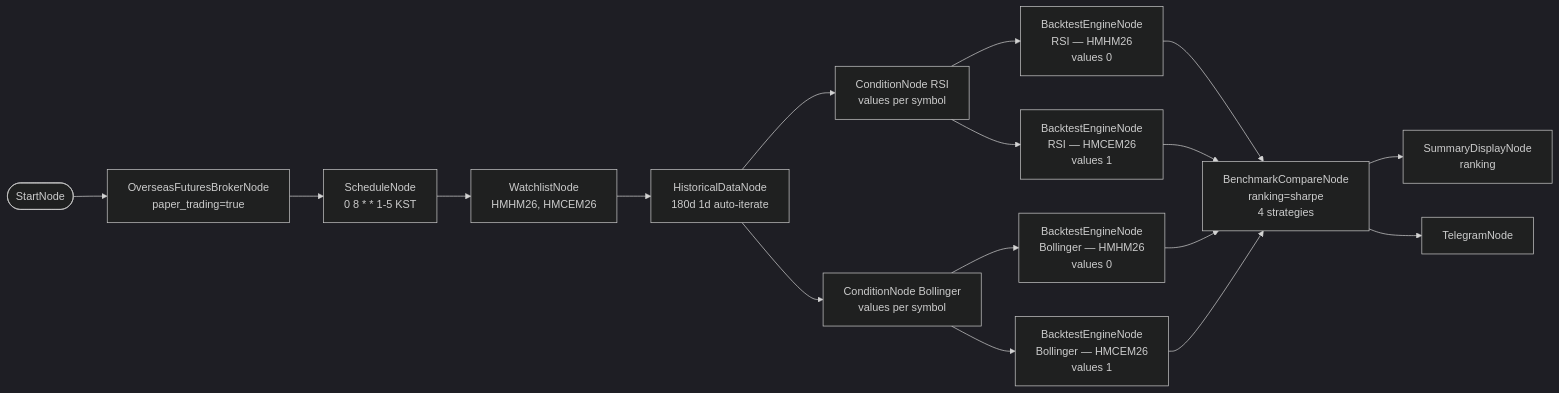
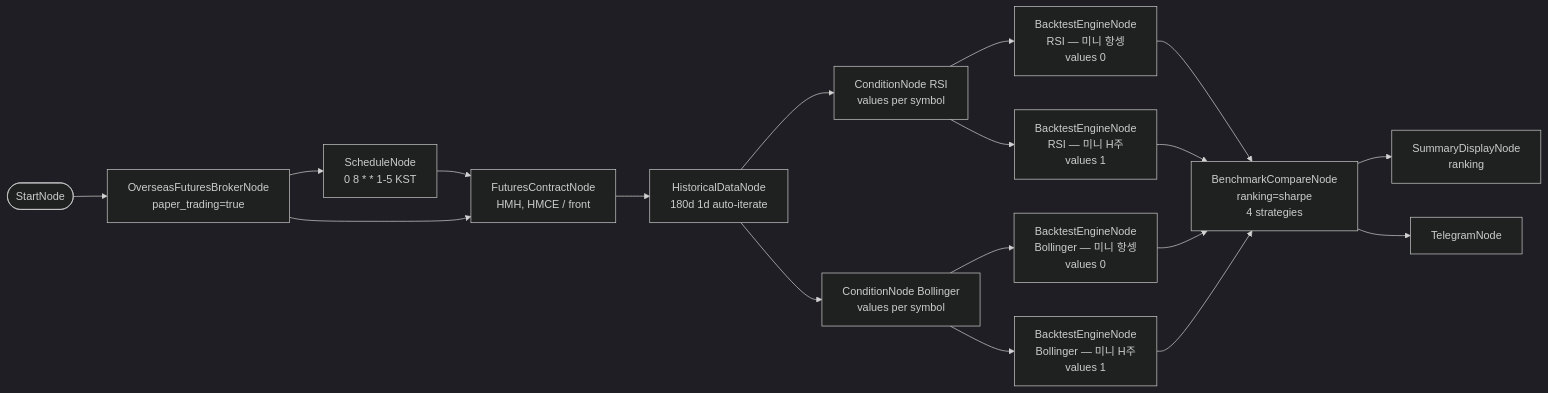
The diagram in src/programgarden/examples/workflows/84-hkex-backtest-schedule-report.md (programgarden/programgarden), drawn with Mermaid (dark theme) before and after one commit. The commit also changed other lines of this file and 43 other files, not shown here.

First line of the commit message:
feat(futures): 월물 하드코딩 근본 제거 — FuturesContractNode 신설 + 예제 16건 전환

````diff
--- a/src/programgarden/examples/workflows/84-hkex-backtest-schedule-report.md
+++ b/src/programgarden/examples/workflows/84-hkex-backtest-schedule-report.md
@@ -44,23 +48,24 @@
 ```mermaid
 flowchart LR
     start([StartNode]) --> broker[OverseasFuturesBrokerNode<br/>paper_trading=true]
     broker --> schedule[ScheduleNode<br/>0 8 * * 1-5 KST]
-    schedule --> watchlist[WatchlistNode<br/>HMHM26, HMCEM26]
-    watchlist --> historical[HistoricalDataNode<br/>180d 1d auto-iterate]
+    schedule --> contract[FuturesContractNode<br/>HMH, HMCE / front]
+    broker --> contract
+    contract --> historical[HistoricalDataNode<br/>180d 1d auto-iterate]
 
     historical --> rsi[ConditionNode RSI<br/>values per symbol]
     historical --> boll[ConditionNode Bollinger<br/>values per symbol]
 
-    rsi --> btrsi0[BacktestEngineNode<br/>RSI — HMHM26<br/>values 0]
-    rsi --> btrsi1[BacktestEngineNode<br/>RSI — HMCEM26<br/>values 1]
-    boll --> btboll0[BacktestEngineNode<br/>Bollinger — HMHM26<br/>values 0]
-    boll --> btboll1[BacktestEngineNode<br/>Bollinger — HMCEM26<br/>values 1]
+    rsi --> btrsi0[BacktestEngineNode<br/>RSI — 미니 항셍<br/>values 0]
+    rsi --> btrsi1[BacktestEngineNode<br/>RSI — 미니 H주<br/>values 1]
+    boll --> btboll0[BacktestEngineNode<br/>Bollinger — 미니 항셍<br/>values 0]
+    boll --> btboll1[BacktestEngineNode<br/>Bollinger — 미니 H주<br/>values 1]
 
     btrsi0 --> bench[BenchmarkCompareNode<br/>ranking=sharpe<br/>4 strategies]
     btrsi1 --> bench
     btboll0 --> bench
     btboll1 --> bench
 
     bench --> summary[SummaryDisplayNode<br/>ranking]
     bench --> telegram[TelegramNode]
 ```
````
